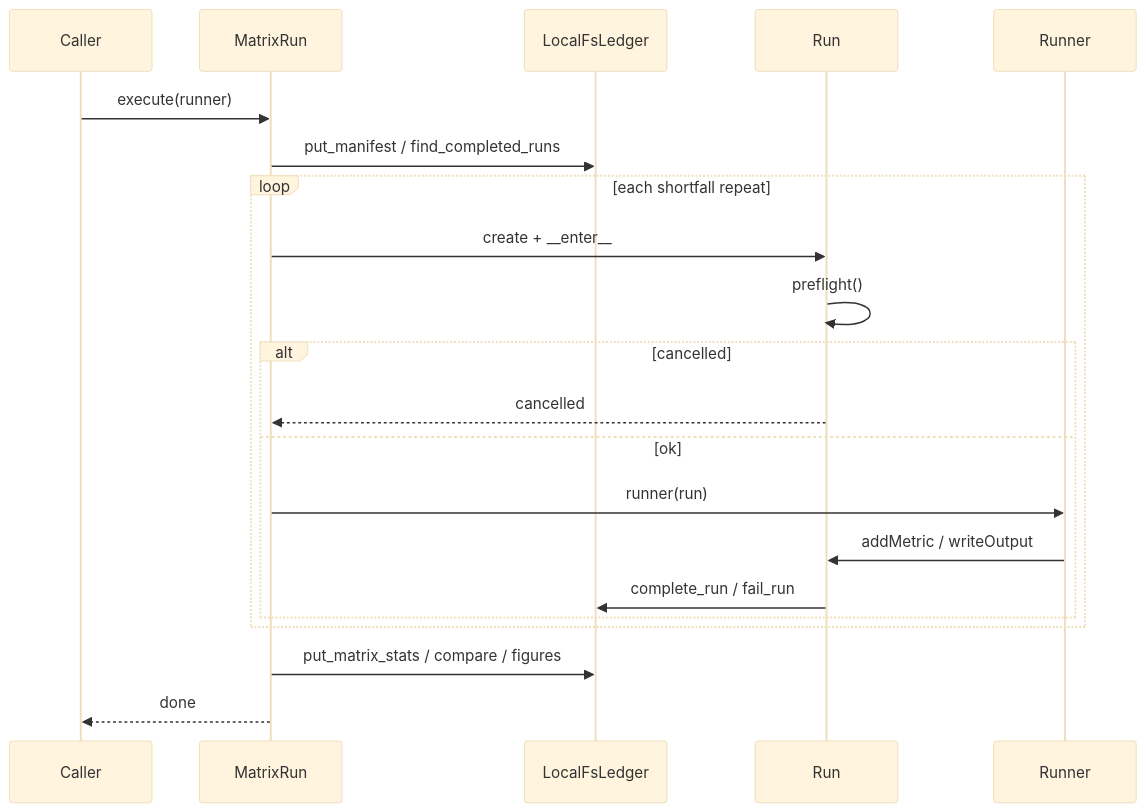
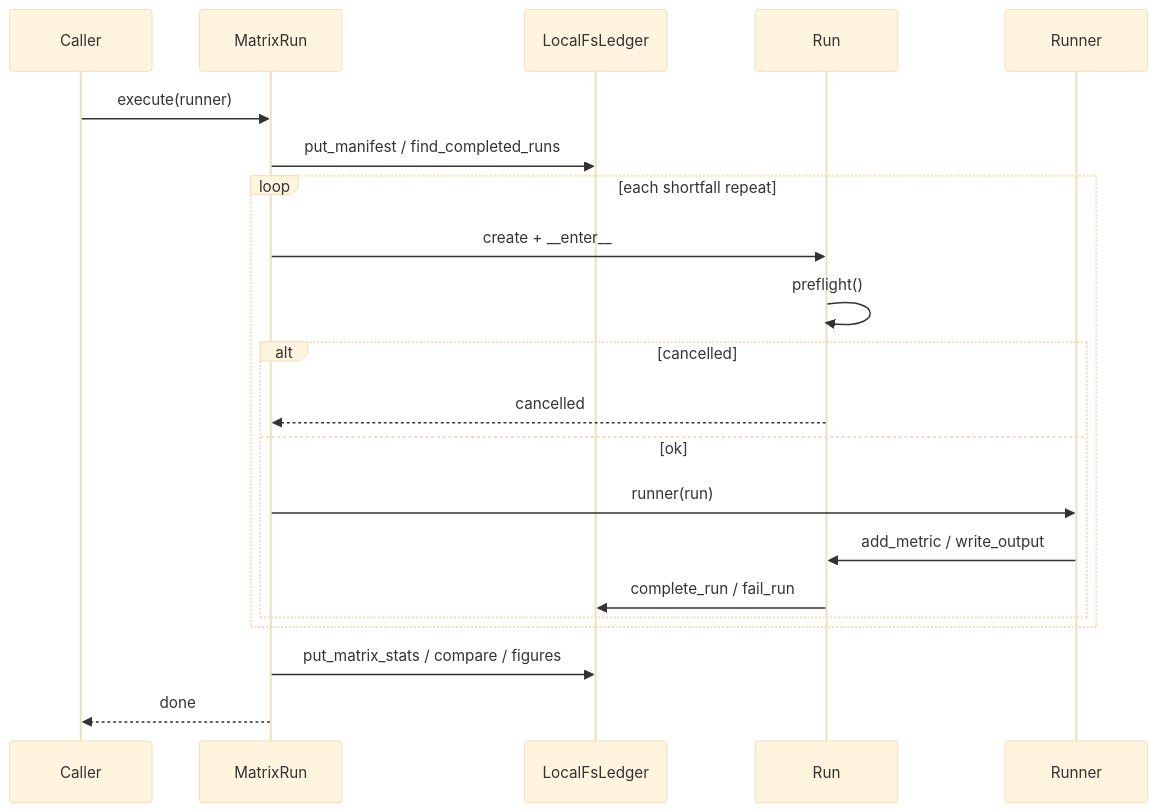
The third of 7 diagrams in docs/lifecycle.md (Dev-DanielR/bench-run), drawn with Mermaid (base theme) before and after one commit. The commit also changed other lines of this file and 68 other files, not shown here.

````diff
--- a/docs/lifecycle.md
+++ b/docs/lifecycle.md
@@ -124,24 +124,24 @@
 ```mermaid
 sequenceDiagram
     participant Caller
     participant Matrix as MatrixRun
     participant Ledger as LocalFsLedger
     participant Run
     participant Runner
 
     Caller->>Matrix: execute(runner)
     Matrix->>Ledger: put_manifest / find_completed_runs
     loop each shortfall repeat
         Matrix->>Run: create + __enter__
         Run->>Run: preflight()
         alt cancelled
             Run-->>Matrix: cancelled
         else ok
             Matrix->>Runner: runner(run)
-            Runner->>Run: addMetric / writeOutput
+            Runner->>Run: add_metric / write_output
             Run->>Ledger: complete_run / fail_run
         end
     end
     Matrix->>Ledger: put_matrix_stats / compare / figures
     Matrix-->>Caller: done
 ```
````
